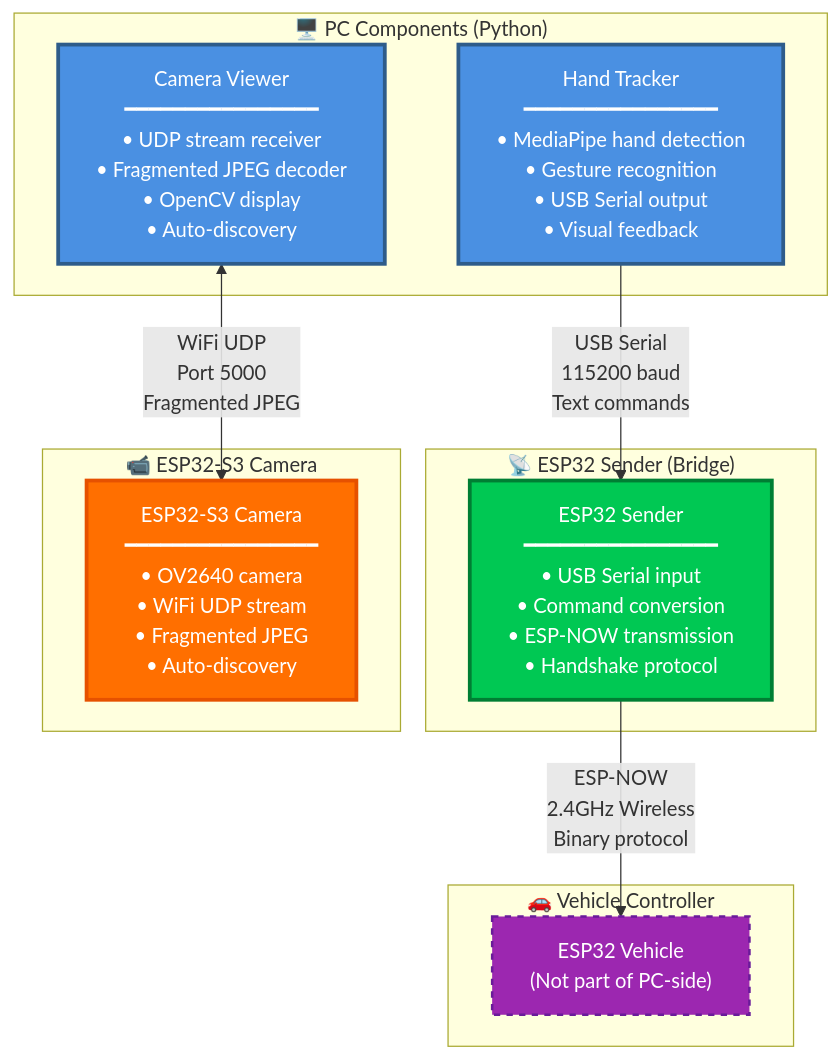
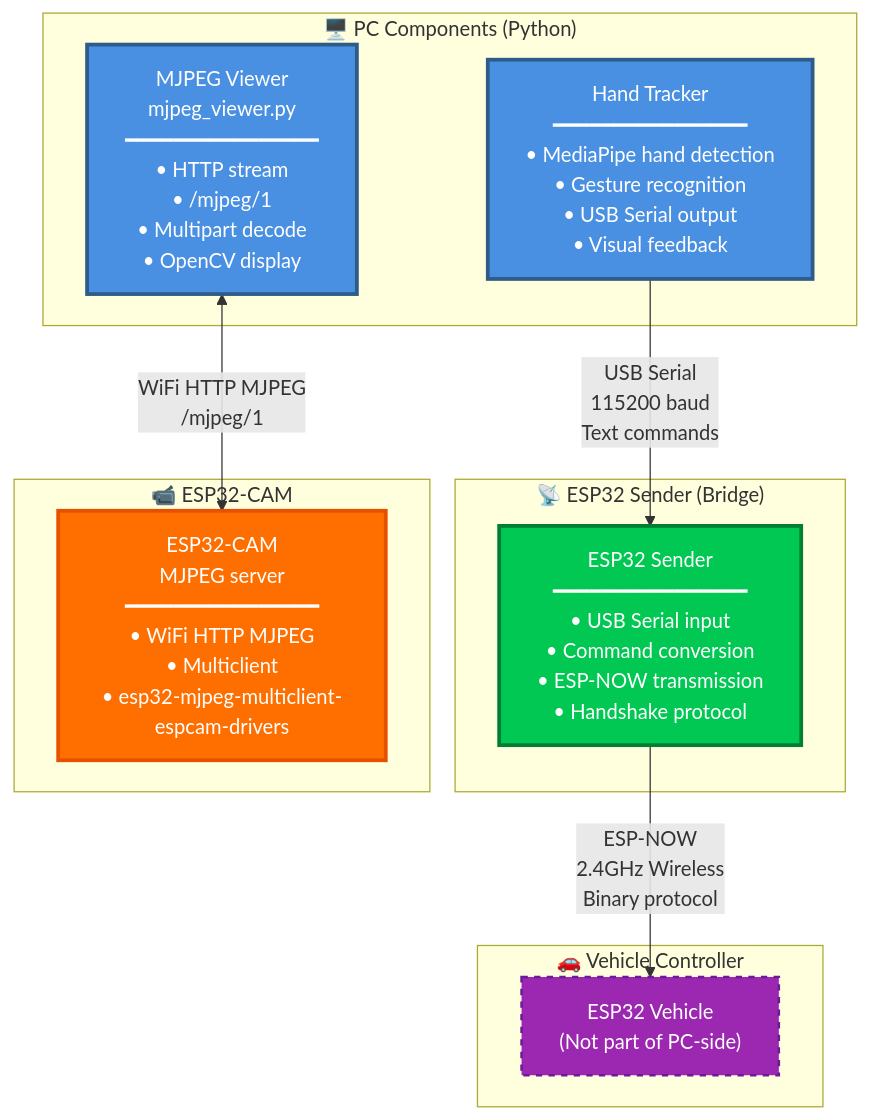
Before and after one commit to Yaniv23/final-project-gesture-car: the first of 4 diagrams in pc_side/README.md, drawn with Mermaid. The commit also changed other lines of this file and 20 other files, not shown here.

````diff
--- a/pc_side/README.md
+++ b/pc_side/README.md
@@ -37,33 +38,33 @@
 ```mermaid
 graph TB
     subgraph PC["🖥️ PC Components (Python)"]
         HandTracker["Hand Tracker<br/>━━━━━━━━━━━━━━━━<br/>• MediaPipe hand detection<br/>• Gesture recognition<br/>• USB Serial output<br/>• Visual feedback"]
-        CameraViewer["Camera Viewer<br/>━━━━━━━━━━━━━━━━<br/>• UDP stream receiver<br/>• Fragmented JPEG decoder<br/>• OpenCV display<br/>• Auto-discovery"]
+        CameraViewer["MJPEG Viewer<br/>mjpeg_viewer.py<br/>━━━━━━━━━━━━━━━━<br/>• HTTP stream<br/>• /mjpeg/1<br/>• Multipart decode<br/>• OpenCV display"]
     end
     
     subgraph ESP32Sender["📡 ESP32 Sender (Bridge)"]
         Sender["ESP32 Sender<br/>━━━━━━━━━━━━━━━━<br/>• USB Serial input<br/>• Command conversion<br/>• ESP-NOW transmission<br/>• Handshake protocol"]
     end
     
-    subgraph ESP32Camera["📹 ESP32-S3 Camera"]
-        Camera["ESP32-S3 Camera<br/>━━━━━━━━━━━━━━━━<br/>• OV2640 camera<br/>• WiFi UDP stream<br/>• Fragmented JPEG<br/>• Auto-discovery"]
+    subgraph ESP32Camera["📹 ESP32-CAM"]
+        Camera["ESP32-CAM<br/>MJPEG server<br/>━━━━━━━━━━━━━━━━<br/>• WiFi HTTP MJPEG<br/>• Multiclient<br/>• esp32-mjpeg-multiclient-espcam-drivers"]
     end
     
     subgraph Vehicle["🚗 Vehicle Controller"]
         Controller["ESP32 Vehicle<br/>(Not part of PC-side)"]
     end
     
     HandTracker -->|USB Serial<br/>115200 baud<br/>Text commands| Sender
     Sender -->|ESP-NOW<br/>2.4GHz Wireless<br/>Binary protocol| Controller
-    CameraViewer <-->|WiFi UDP<br/>Port 5000<br/>Fragmented JPEG| Camera
+    CameraViewer <-->|WiFi HTTP MJPEG<br/>/mjpeg/1| Camera
     
     classDef pcStyle fill:#4A90E2,stroke:#2E5C8A,stroke-width:3px,color:#fff
     classDef esp32Style fill:#00C853,stroke:#007E33,stroke-width:3px,color:#fff
     classDef cameraStyle fill:#FF6F00,stroke:#E65100,stroke-width:3px,color:#fff
     classDef vehicleStyle fill:#9C27B0,stroke:#6A1B9A,stroke-width:2px,color:#fff,stroke-dasharray: 5 5
     
     class HandTracker,CameraViewer pcStyle
     class Sender esp32Style
     class Camera cameraStyle
     class Controller vehicleStyle
 ```
````
